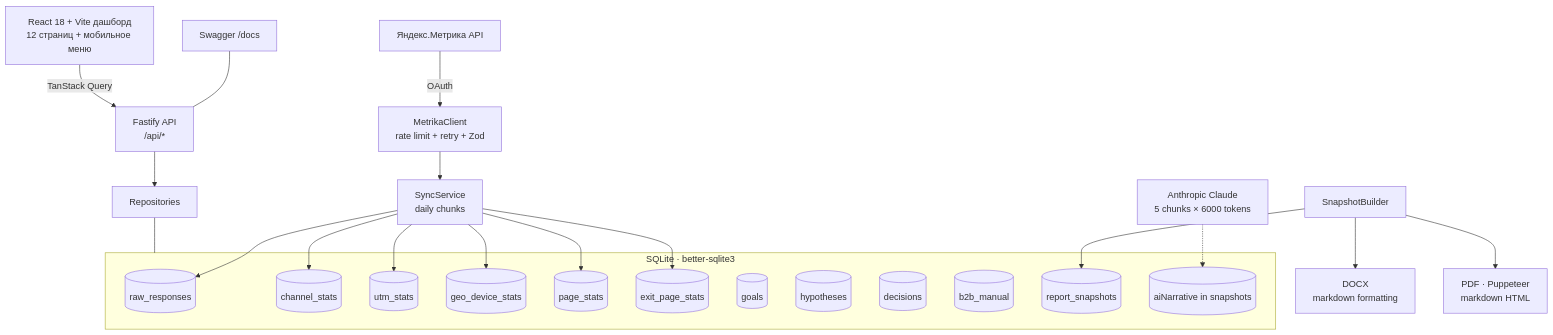
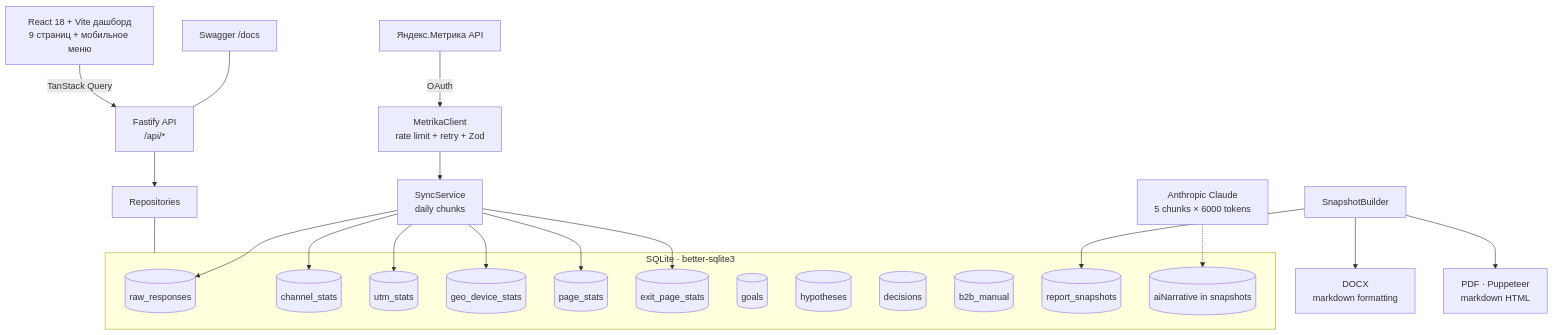
The diagram in docs/architecture.md (Fighter90/yandex-metrika-analyse-dashboard), drawn with Mermaid before and after one commit. The commit also changed other lines of this file and 11 other files, not shown here.

````diff
--- a/docs/architecture.md
+++ b/docs/architecture.md
@@ -11,33 +11,33 @@
 ```mermaid
 flowchart TD
   YM[Яндекс.Метрика API] -- OAuth --> CLIENT[MetrikaClient<br/>rate limit + retry + Zod]
   CLIENT --> SYNC[SyncService<br/>daily chunks]
   SYNC --> RAW[(raw_responses)]
   SYNC --> CH[(channel_stats)]
   SYNC --> UTM[(utm_stats)]
   SYNC --> GEO[(geo_device_stats)]
   SYNC --> PG[(page_stats)]
   SYNC --> EXPG[(exit_page_stats)]
   subgraph SQLite [SQLite · better-sqlite3]
     RAW
     CH
     UTM
     GEO
     PG
     EXPG
     GOALS[(goals)]
     HYP[(hypotheses)]
     DEC[(decisions)]
     B2B[(b2b_manual)]
     SNAP[(report_snapshots)]
     SNAP_AI[(aiNarrative in snapshots)]
   end
   REPO[Repositories] --- SQLite
   API[Fastify API<br/>/api/*] --> REPO
   SWAGGER[Swagger /docs] --- API
-  UI[React 18 + Vite дашборд<br/>12 страниц + мобильное меню] -- TanStack Query --> API
+  UI[React 18 + Vite дашборд<br/>9 страниц + мобильное меню] -- TanStack Query --> API
   SNAPB[SnapshotBuilder] --> SNAP
   SNAPB --> DOCX[DOCX<br/>markdown formatting]
   SNAPB --> PDF[PDF · Puppeteer<br/>markdown HTML]
   AI[Anthropic Claude<br/>5 chunks × 6000 tokens] -.-> SNAP_AI
 ```
````
